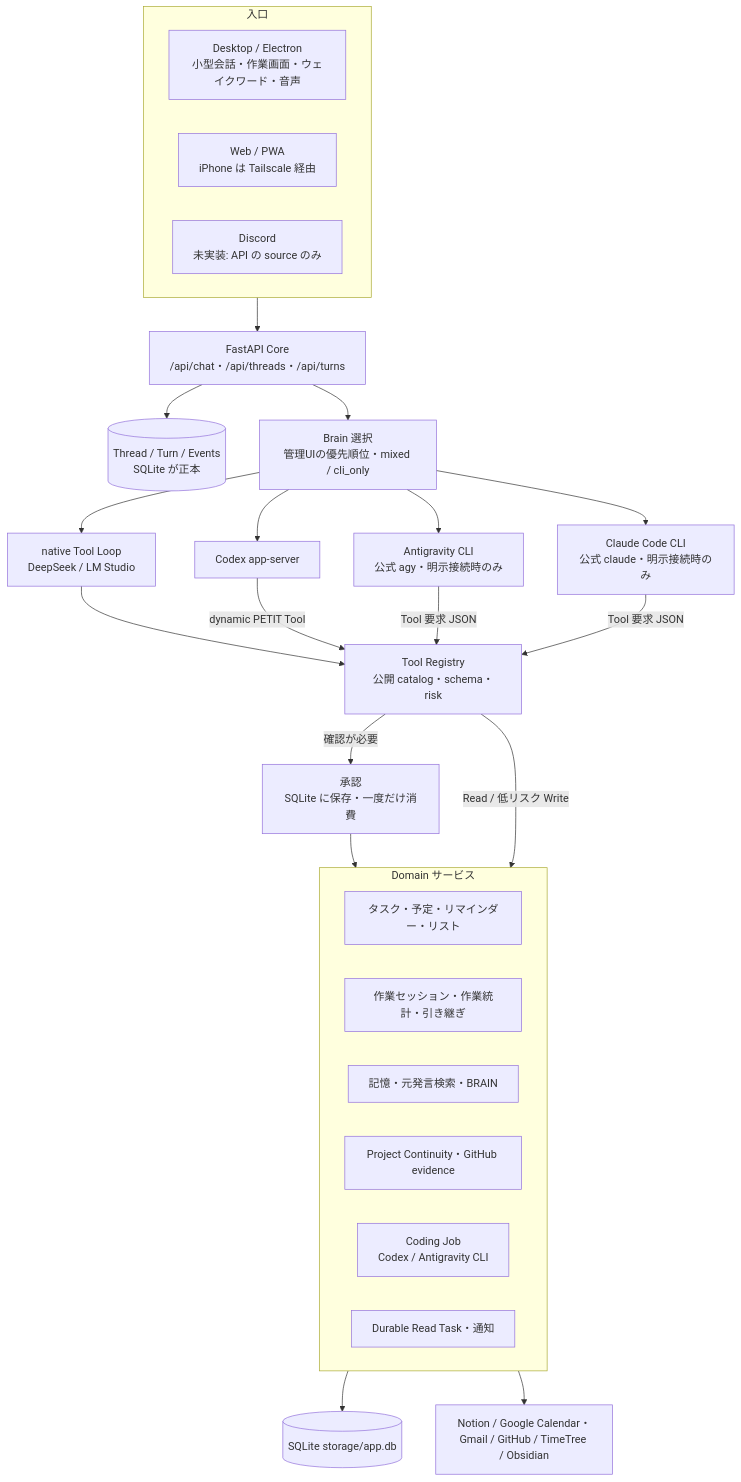
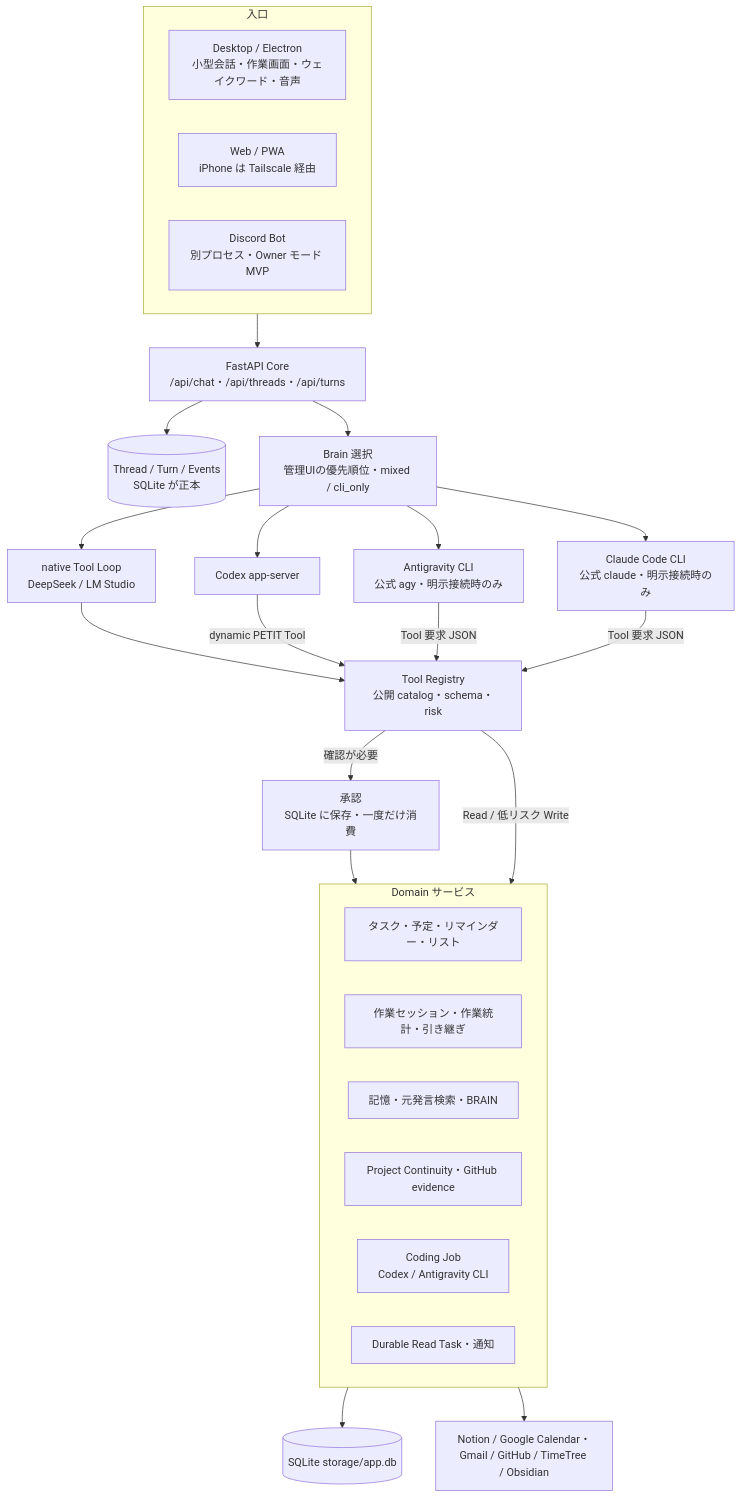
The diagram in docs/architecture.md (Soso2e/PETIT), drawn with Mermaid before and after one commit. The commit also changed other lines of this file and 16 other files, not shown here.

First line of the commit message:
feat: Discord Bot Owner モード MVP を追加し v0.46.0 へ (#397)

````diff
--- a/docs/architecture.md
+++ b/docs/architecture.md
@@ -13,38 +13,38 @@
 ```mermaid
 flowchart TD
     subgraph Channels[入口]
         Desktop[Desktop / Electron<br/>小型会話・作業画面・ウェイクワード・音声]
         Web[Web / PWA<br/>iPhone は Tailscale 経由]
-        Discord[Discord<br/>未実装: API の source のみ]
+        Discord[Discord Bot<br/>別プロセス・Owner モード MVP]
     end
 
     Channels --> API[FastAPI Core<br/>/api/chat・/api/threads・/api/turns]
     API --> Ledger[(Thread / Turn / Events<br/>SQLite が正本)]
     API --> Select[Brain 選択<br/>管理UIの優先順位・mixed / cli_only]
 
     Select --> Native[native Tool Loop<br/>DeepSeek / LM Studio]
     Select --> Codex[Codex app-server]
     Select --> Agy[Antigravity CLI<br/>公式 agy・明示接続時のみ]
     Select --> Claude[Claude Code CLI<br/>公式 claude・明示接続時のみ]
 
     Native --> Gate[Tool Registry<br/>公開 catalog・schema・risk]
     Codex -->|dynamic PETIT Tool| Gate
     Agy -->|Tool 要求 JSON| Gate
     Claude -->|Tool 要求 JSON| Gate
 
     Gate -->|確認が必要| Approval[承認<br/>SQLite に保存・一度だけ消費]
     Approval --> Domain
     Gate -->|Read / 低リスク Write| Domain
 
     subgraph Domain[Domain サービス]
         Life[タスク・予定・リマインダー・リスト]
         Work[作業セッション・作業統計・引き継ぎ]
         Memory[記憶・元発言検索・BRAIN]
         Project[Project Continuity・GitHub evidence]
         Coding[Coding Job<br/>Codex / Antigravity CLI]
         Jobs[Durable Read Task・通知]
     end
 
     Domain --> Store[(SQLite storage/app.db)]
     Domain --> External[Notion / Google Calendar・Gmail / GitHub / TimeTree / Obsidian]
 ```
````
